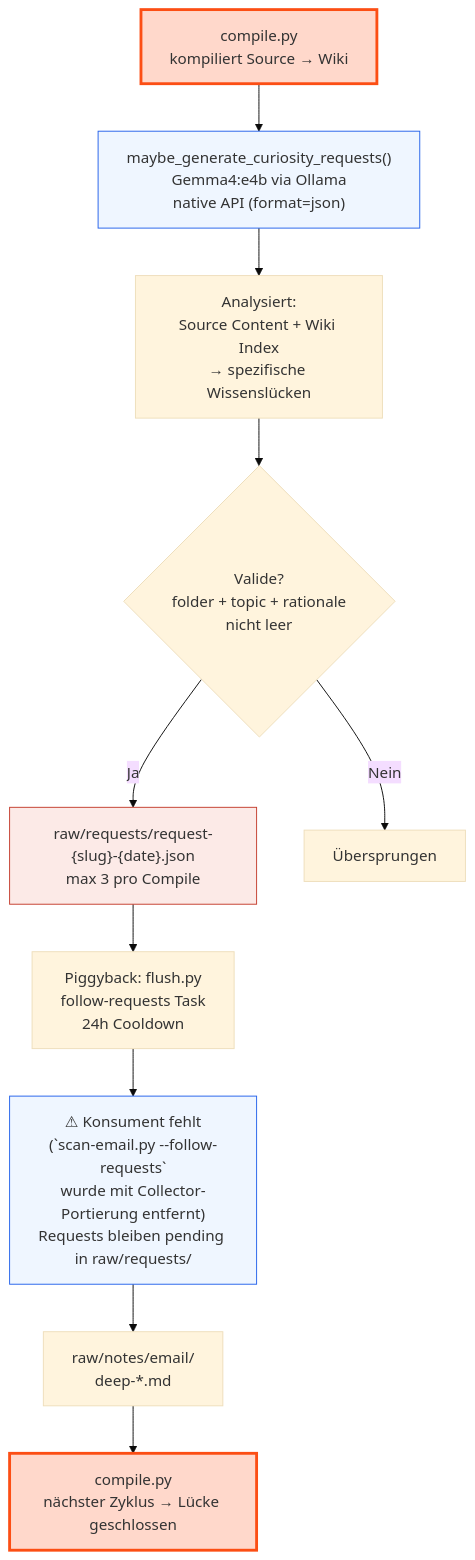
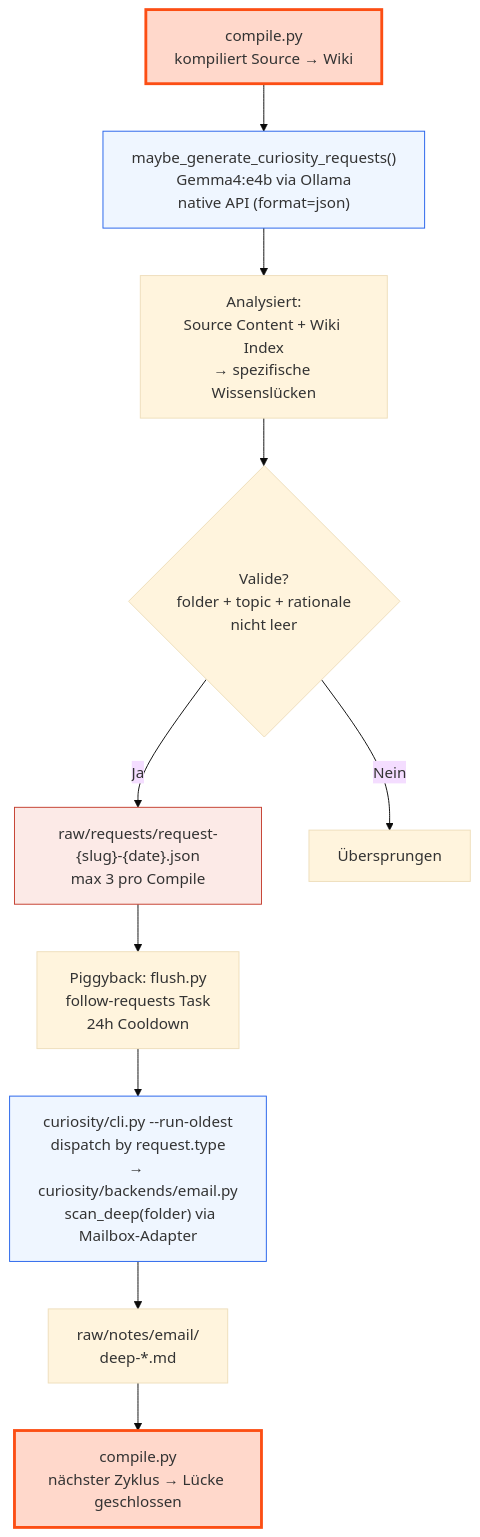
Before and after one commit to lx-0/llm-wiki: the fifth of 10 diagrams in docs/PROCESS.md, drawn with Mermaid (base theme). The commit also changed other lines of this file and 16 other files, not shown here.

````diff
--- a/docs/PROCESS.md
+++ b/docs/PROCESS.md
@@ -500,19 +500,19 @@
 ```mermaid
 flowchart TD
     COMPILE["compile.py\nkompiliert Source → Wiki"]
     COMPILE --> CURIOSITY["maybe_generate_curiosity_requests()\nGemma4:e4b via Ollama\nnative API (format=json)"]
     CURIOSITY --> ANALYZE["Analysiert:\nSource Content + Wiki Index\n→ spezifische Wissenslücken"]
     ANALYZE --> FILTER{"Valide?\nfolder + topic + rationale\nnicht leer"}
     FILTER -->|Ja| REQ["raw/requests/request-{slug}-{date}.json\nmax 3 pro Compile"]
     FILTER -->|Nein| SKIP["Übersprungen"]
     REQ --> PIGGY["Piggyback: flush.py\nfollow-requests Task\n24h Cooldown"]
-    PIGGY --> DEEP["⚠ Konsument fehlt\n(`scan-email.py --follow-requests`\nwurde mit Collector-Portierung entfernt)\nRequests bleiben pending in raw/requests/"]
+    PIGGY --> DEEP["curiosity/cli.py --run-oldest\ndispatch by request.type\n→ curiosity/backends/email.py\n  scan_deep(folder) via Mailbox-Adapter"]
     DEEP --> RAW["raw/notes/email/\ndeep-*.md"]
     RAW --> COMPILE2["compile.py\nnächster Zyklus → Lücke geschlossen"]
 
     style COMPILE fill:#FFD8CB,stroke:#FC4E14,stroke-width:3px
     style CURIOSITY fill:#EFF6FF,stroke:#2563EB
     style REQ fill:#FCEAE7,stroke:#C43D2E
     style DEEP fill:#EFF6FF,stroke:#2563EB
     style COMPILE2 fill:#FFD8CB,stroke:#FC4E14,stroke-width:3px
 ```
````
